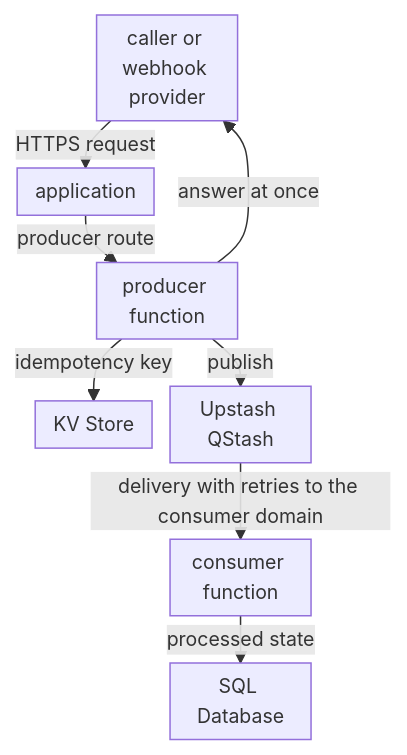
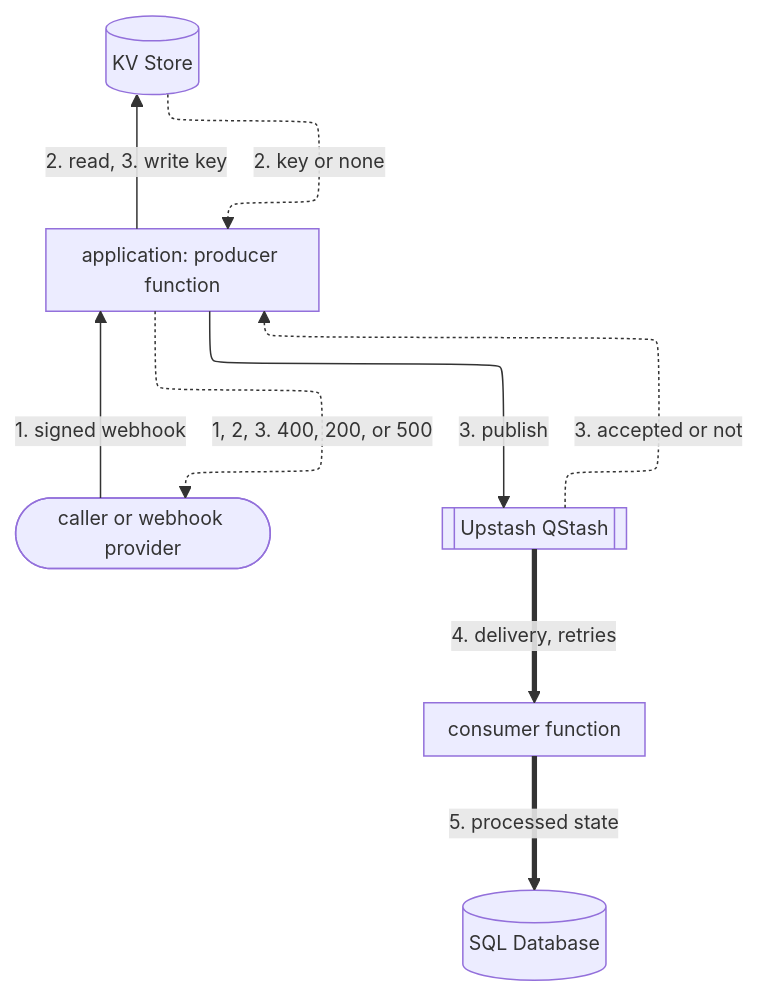
One commit to aziontech/docs changed the first of 2 diagrams in apps/docs/src/content/docs/en/pages/use-cases/build-and-run-applications/build-event-driven-apis.mdx. Above: the diagram before and after it, drawn with Mermaid. The commit also changed other lines of this file and 55 other files, not shown here.

Commit message:
docs(use-cases): redraw the use-case diagrams with the way back and check their claims (#2509)

````diff
--- a/apps/docs/src/content/docs/en/pages/use-cases/build-and-run-applications/build-event-driven-apis.mdx
+++ b/apps/docs/src/content/docs/en/pages/use-cases/build-and-run-applications/build-event-driven-apis.mdx
@@ -39,11 +41,18 @@
 ```mermaid
-%%{init: {"layout": "dagre", "themeVariables": {"fontSize": "13px"}, "flowchart": {"nodeSpacing": 12, "rankSpacing": 12, "padding": 6, "wrappingWidth": 70, "minNodeWidth": 40, "useMaxWidth": true}}}%%
+%%{init: {"layout": "elk", "themeVariables": {"fontSize": "13px"}, "flowchart": {"nodeSpacing": 24, "rankSpacing": 36, "padding": 8, "wrappingWidth": 150, "useMaxWidth": true}, "sequence": {"width": 120, "actorMargin": 30, "useMaxWidth": true}}}%%
 flowchart TD
-  Caller["caller or webhook provider"] -->|"HTTPS request"| App["application"]
-  App -->|"producer route"| Producer["producer function"]
-  Producer -->|"idempotency key"| KV["KV Store"]
-  Producer -->|"publish"| Queue["Upstash QStash"]
-  Producer -->|"answer at once"| Caller
-  Queue -->|"delivery with retries to the consumer domain"| Consumer["consumer function"]
-  Consumer -->|"processed state"| SQL["SQL Database"]
+  Caller(["caller or webhook provider"])
+  App["application: producer function"]
+  KV[("KV Store")]
+  Queue[["Upstash QStash"]]
+  Consumer["consumer function"]
+  SQL[("SQL Database")]
+  Caller -->|"1. signed webhook"| App
+  App -->|"2. read, 3. write key"| KV
+  App -->|"3. publish"| Queue
+  KV -.->|"2. key or none"| App
+  Queue -.->|"3. accepted or not"| App
+  App -.->|"1, 2, 3. 400, 200, or 500"| Caller
+  Queue ==>|"4. delivery, retries"| Consumer
+  Consumer ==>|"5. processed state"| SQL
 ```
````
